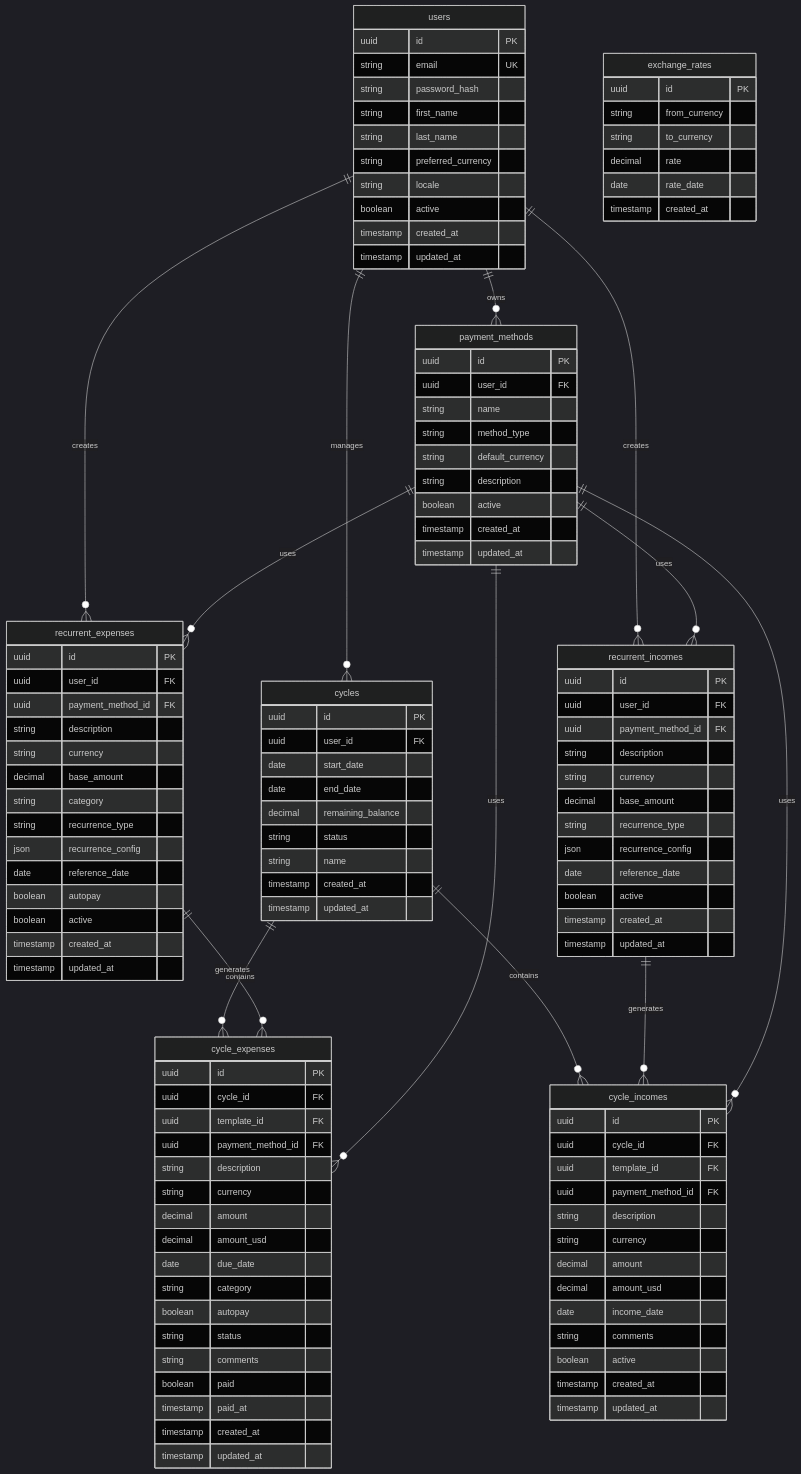
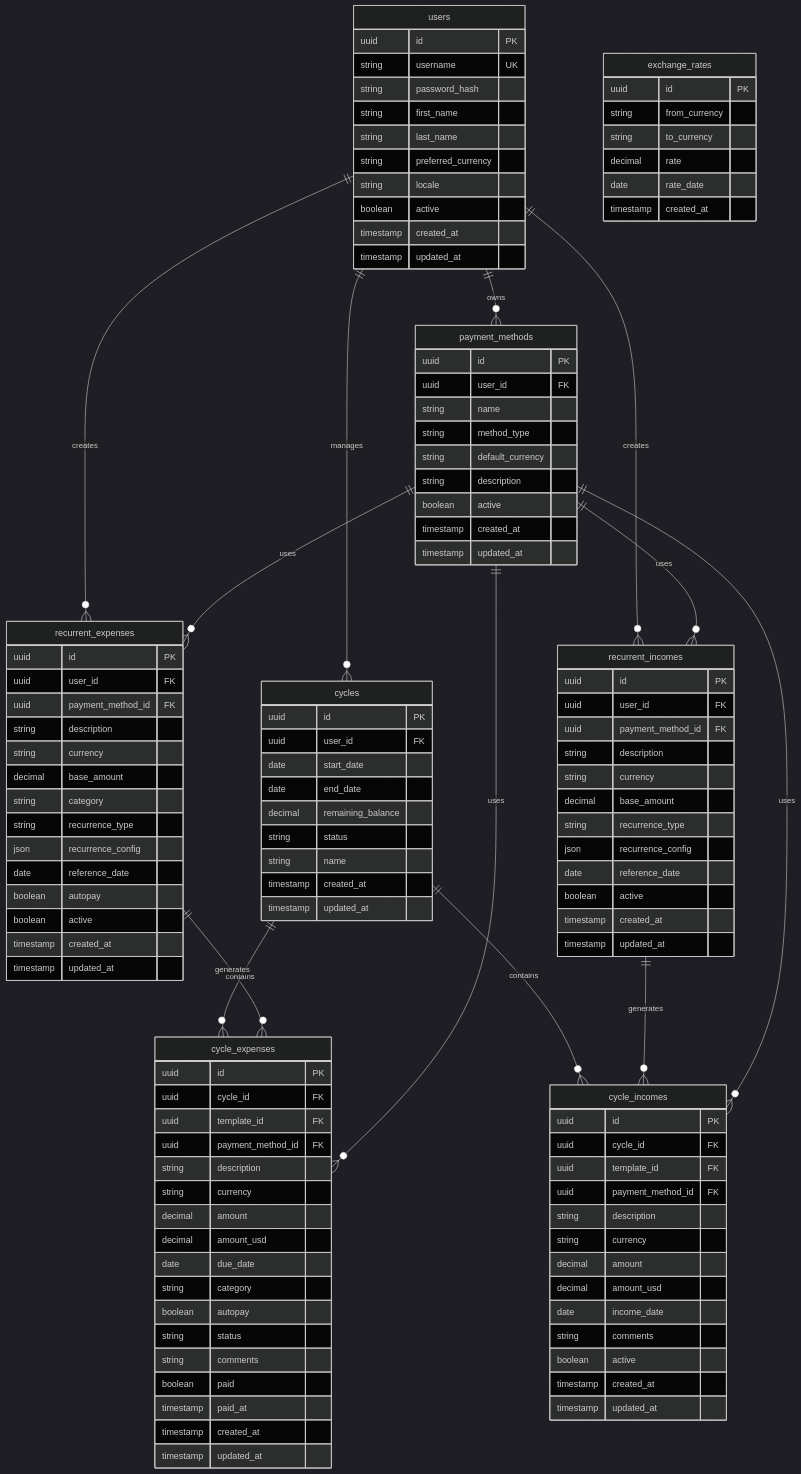
Before and after one commit to jcarranz97/colony: the diagram in docs/architecture/database-schema.md, drawn with Mermaid (dark theme). The commit also changed 32 other files, not shown here.

```diff
--- a/docs/architecture/database-schema.md
+++ b/docs/architecture/database-schema.md
@@ -29,7 +29,7 @@
 
     users {
         uuid id PK
-        string email UK
+        string username UK
         string password_hash
         string first_name
         string last_name
```
